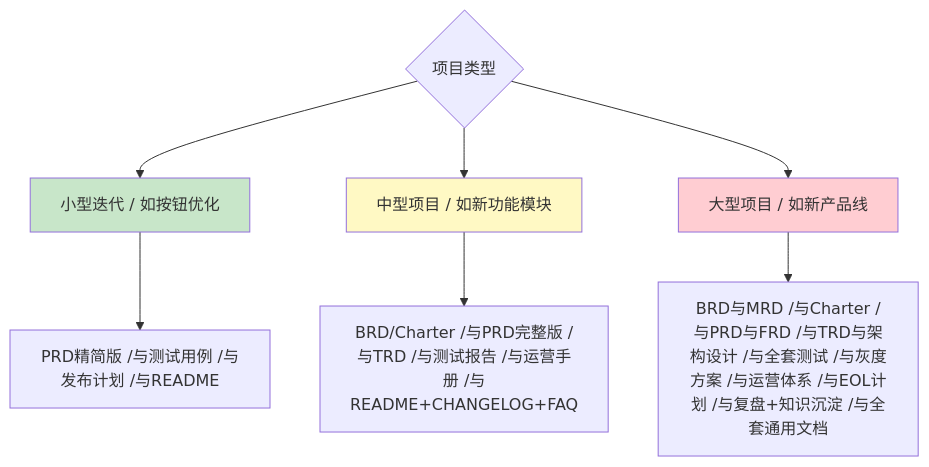
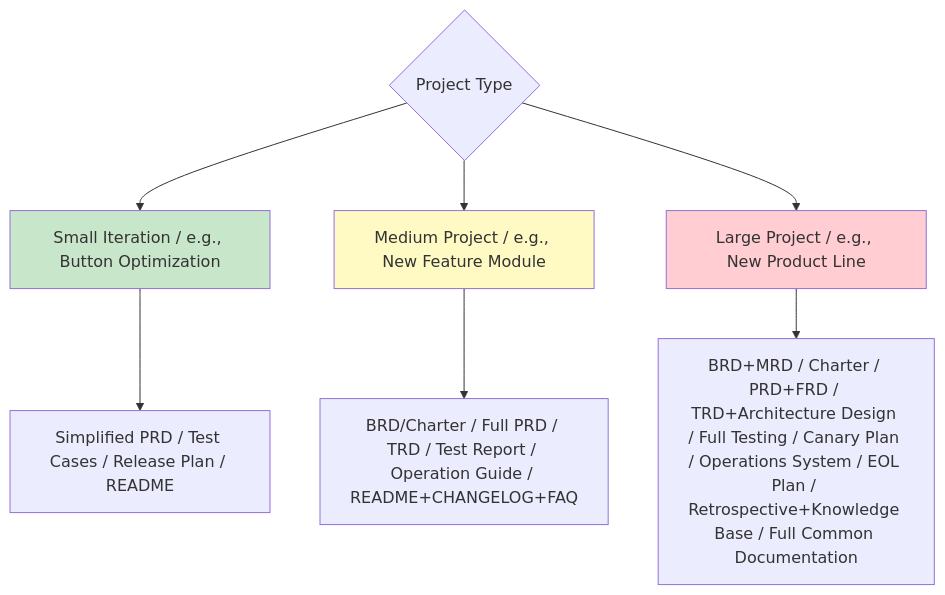
One commit to Kirky-X/cangjie changed the third of 4 diagrams in templates/产品/README.md. Above: the diagram before and after it, drawn with Mermaid. The commit also changed other lines of this file and 46 other files, not shown here.

````diff
--- a/templates/产品/README.md
+++ b/templates/产品/README.md
@@ -424,16 +424,16 @@
 ```mermaid
 flowchart TD
-    A{项目类型} --> B[小型迭代 / 如按钮优化]
-    A --> C[中型项目 / 如新功能模块]
-    A --> D[大型项目 / 如新产品线]
+    A{Project Type} --> B[Small Iteration / e.g., Button Optimization]
+    A --> C[Medium Project / e.g., New Feature Module]
+    A --> D[Large Project / e.g., New Product Line]
 
-    B --> B1[PRD精简版 /与测试用例 /与发布计划 /与README]
+    B --> B1[Simplified PRD / Test Cases / Release Plan / README]
 
-    C --> C1[BRD/Charter /与PRD完整版 /与TRD /与测试报告 /与运营手册 /与README+CHANGELOG+FAQ]
+    C --> C1[BRD/Charter / Full PRD / TRD / Test Report / Operation Guide / README+CHANGELOG+FAQ]
 
-    D --> D1[BRD与MRD /与Charter /与PRD与FRD /与TRD与架构设计 /与全套测试 /与灰度方案 /与运营体系 /与EOL计划 /与复盘+知识沉淀 /与全套通用文档]
+    D --> D1[BRD+MRD / Charter / PRD+FRD / TRD+Architecture Design / Full Testing / Canary Plan / Operations System / EOL Plan / Retrospective+Knowledge Base / Full Common Documentation]
 
     style B fill:#c8e6c9
     style C fill:#fff9c4
     style D fill:#ffcdd2
 ```
````
